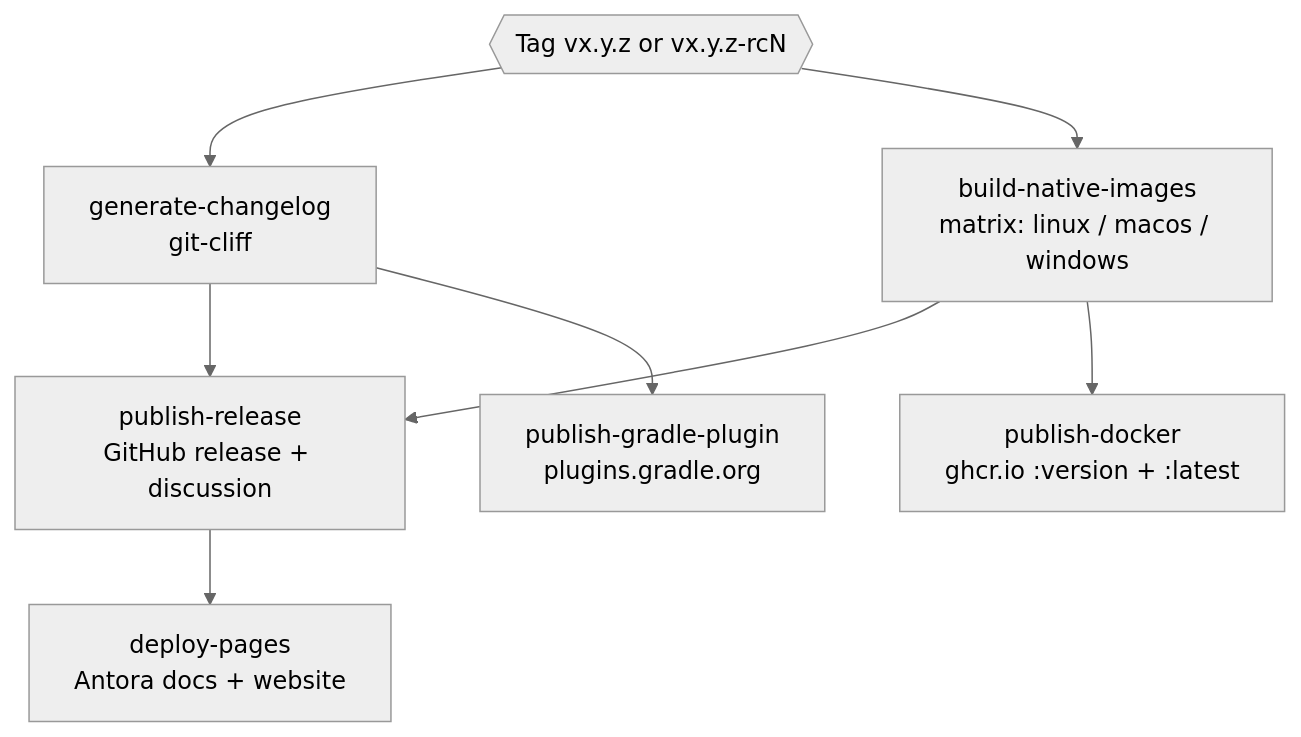
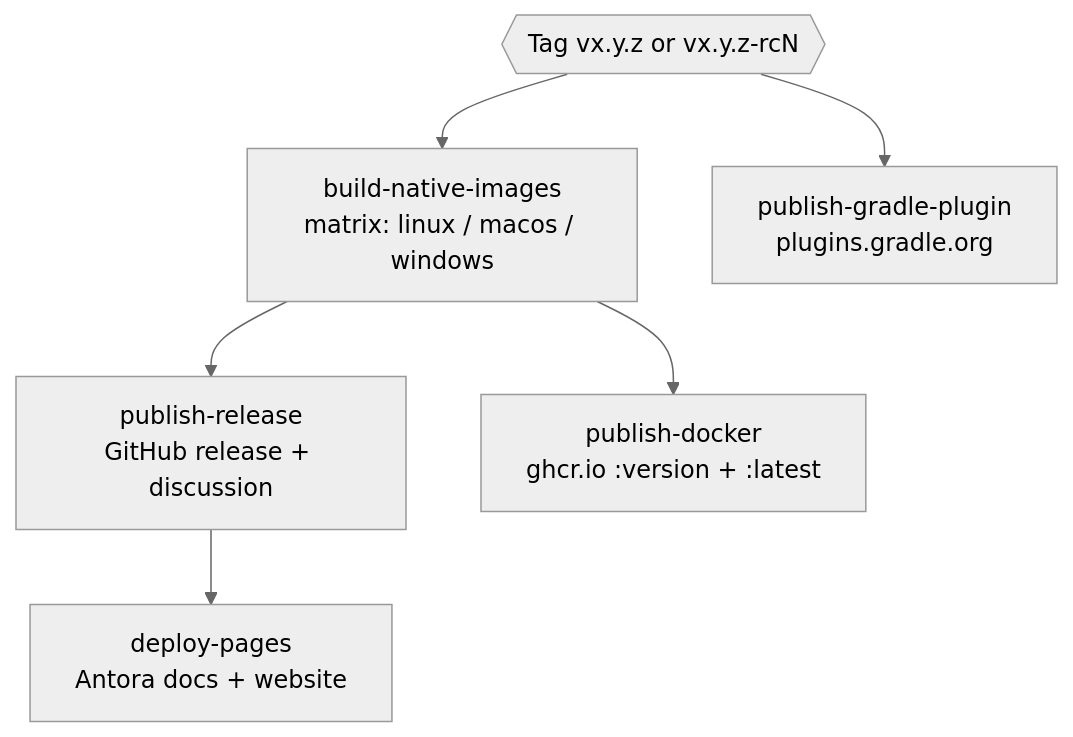
Before and after one commit to vulnlog/vulnlog: the second of 3 diagrams in devdoc/GitHub-Action-Pipelines.md, drawn with Mermaid (neutral theme). The commit also changed other lines of this file and 2 other files, not shown here.

First line of the commit message:
ci: Remove auto-generated release notes and changelogs (#150)

````diff
--- a/devdoc/GitHub-Action-Pipelines.md
+++ b/devdoc/GitHub-Action-Pipelines.md
@@ -62,11 +64,9 @@
 ```mermaid
 flowchart TD
     TAG{{Tag vx.y.z or vx.y.z-rcN}}
-    TAG --> GC[generate-changelog<br/>git-cliff]
     TAG --> BNI[build-native-images<br/>matrix: linux / macos / windows]
-    GC --> PR2[publish-release<br/>GitHub release + discussion]
-    BNI --> PR2
+    BNI --> PR2[publish-release<br/>GitHub release + discussion]
     PR2 --> DP[deploy-pages<br/>Antora docs + website]
     BNI --> PDR[publish-docker<br/>ghcr.io :version + :latest]
-    GC --> PGP[publish-gradle-plugin<br/>plugins.gradle.org]
+    TAG --> PGP[publish-gradle-plugin<br/>plugins.gradle.org]
 ```
````
